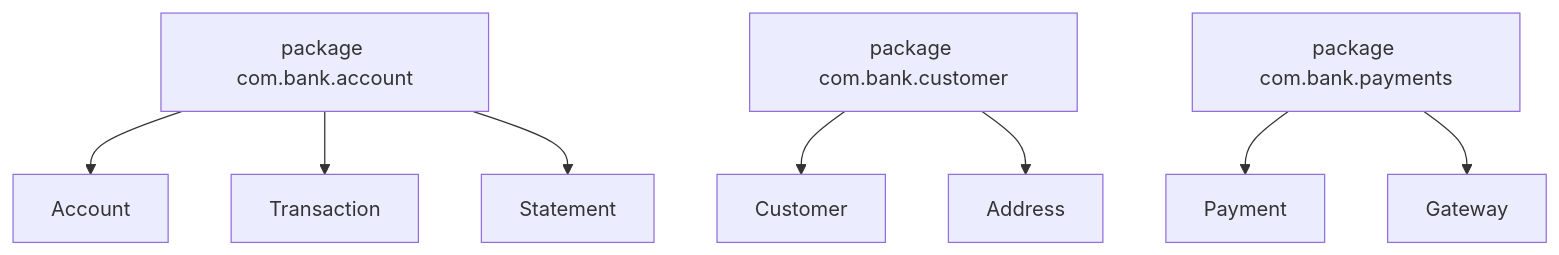
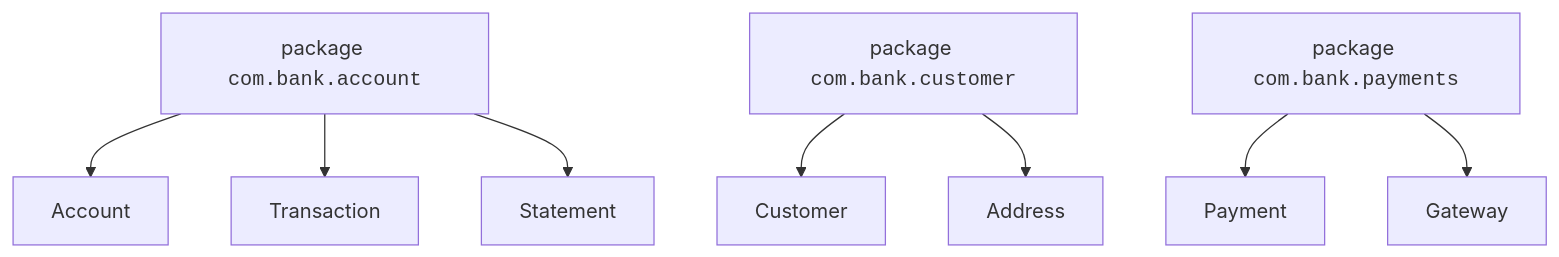
The first of 5 diagrams in content/learn/oop-blueprint-java/packages-and-architecture.mdx (dataslope/dataslope), drawn with Mermaid before and after one commit. The commit also changed other lines of this file and 218 other files, not shown here.

First line of the commit message:
Render code-only mermaid shapes in monospace; convert step sequences to Steps (#467)

````diff
--- a/content/learn/oop-blueprint-java/packages-and-architecture.mdx
+++ b/content/learn/oop-blueprint-java/packages-and-architecture.mdx
@@ -32,15 +32,15 @@
 ```mermaid
 flowchart TB
-    P1["package com.bank.account"]
+    P1["package <code>com.bank.account</code>"]
     P1 --> C1[Account]
     P1 --> C2[Transaction]
     P1 --> C3[Statement]
 
-    P2["package com.bank.customer"]
+    P2["package <code>com.bank.customer</code>"]
     P2 --> C4[Customer]
     P2 --> C5[Address]
 
-    P3["package com.bank.payments"]
+    P3["package <code>com.bank.payments</code>"]
     P3 --> C6[Payment]
     P3 --> C7[Gateway]
 ```
````
